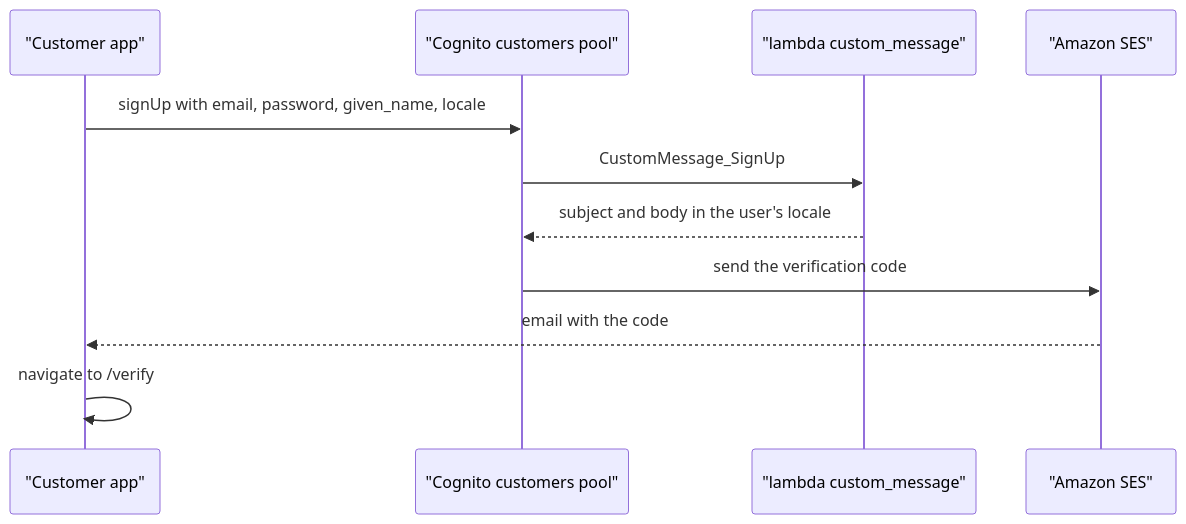
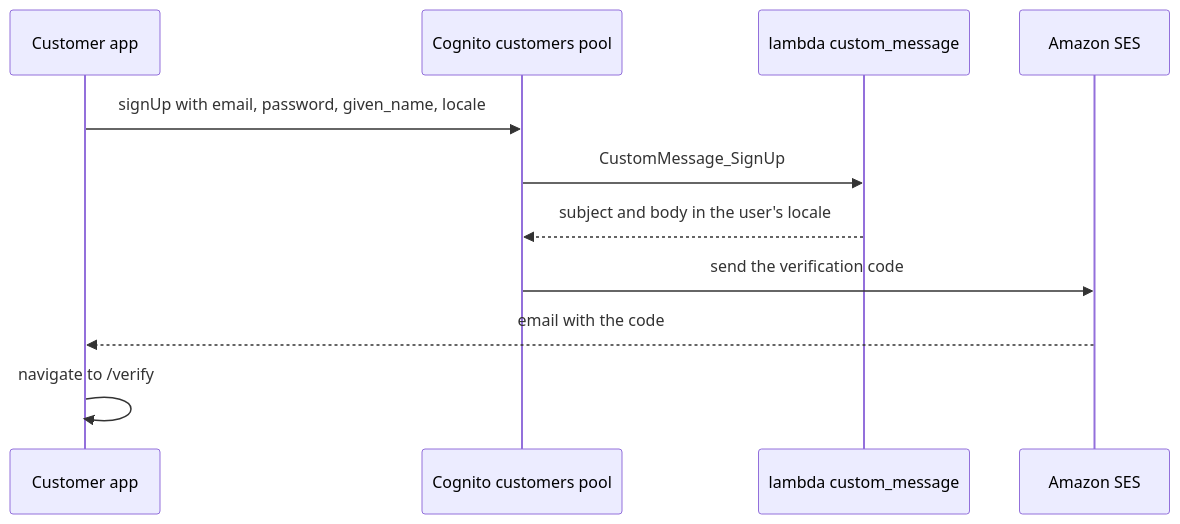
The first of 7 diagrams in docs/modules/identity/flows.md (Team-ACGS/factored-hackathon-2026-acgs), drawn with Mermaid before and after one commit. The commit also changed other lines of this file and 6 other files, not shown here.

Commit message:
docs(assistant,cases,data,identity,messaging): reviewer findings on flows and readme, round 2

````diff
--- a/docs/modules/identity/flows.md
+++ b/docs/modules/identity/flows.md
@@ -23,14 +23,14 @@
 ```mermaid
 sequenceDiagram
-    participant App as "Customer app"
-    participant Cog as "Cognito customers pool"
-    participant CM as "lambda custom_message"
-    participant SES as "Amazon SES"
+    participant App as Customer app
+    participant Cog as Cognito customers pool
+    participant CM as lambda custom_message
+    participant SES as Amazon SES
 
     App->>Cog: signUp with email, password, given_name, locale
     Cog->>CM: CustomMessage_SignUp
     CM-->>Cog: subject and body in the user's locale
     Cog->>SES: send the verification code
     SES-->>App: email with the code
     App->>App: navigate to /verify
 ```
````
